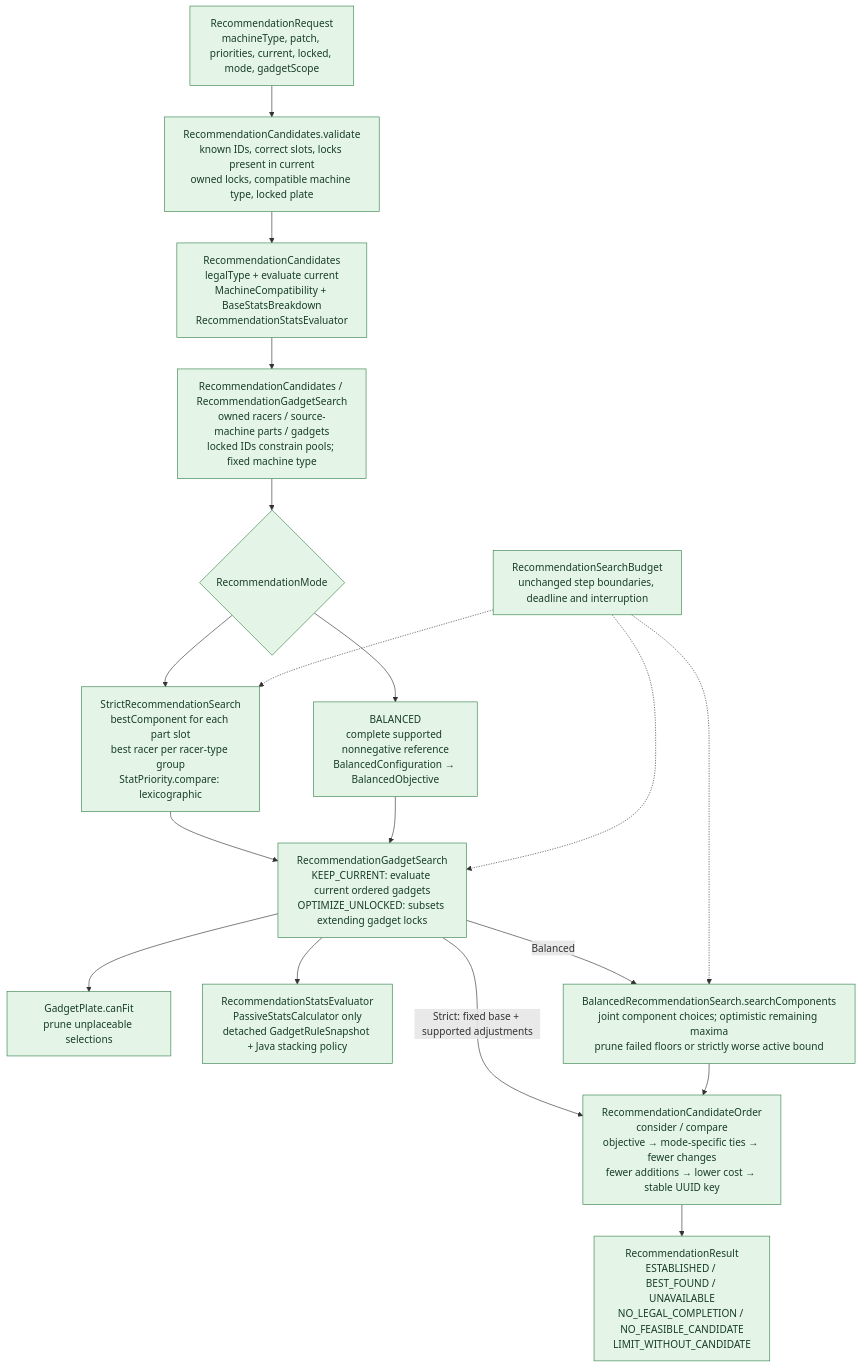
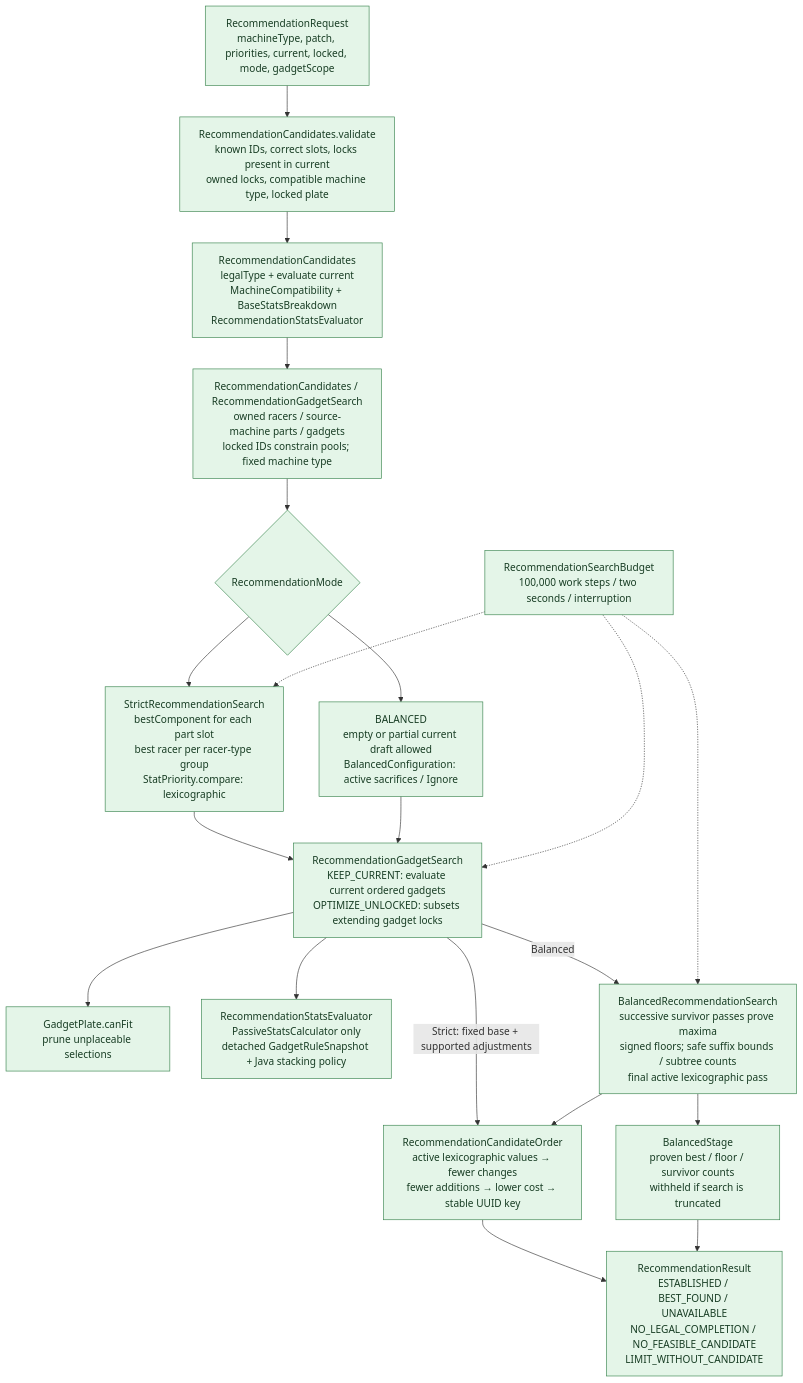
Diagram 11 of 31 in docs/architecture-atlas.md (alexungu04genoff/RingLab), drawn with Mermaid before and after one commit. The commit also changed other lines of this file and 35 other files, not shown here.

Commit message:
feat: redesign Balanced recommendations with survivor thresholds

````diff
--- a/docs/architecture-atlas.md
+++ b/docs/architecture-atlas.md
@@ -635,31 +635,33 @@
 ```mermaid
 flowchart TB
   req["RecommendationRequest<br/>machineType, patch, priorities, current, locked, mode, gadgetScope"]:::domain
   validate["RecommendationCandidates.validate<br/>known IDs, correct slots, locks present in current<br/>owned locks, compatible machine type, locked plate"]:::domain
   baseline["RecommendationCandidates<br/>legalType + evaluate current<br/>MachineCompatibility + BaseStatsBreakdown<br/>RecommendationStatsEvaluator"]:::domain
   pools["RecommendationCandidates / RecommendationGadgetSearch<br/>owned racers / source-machine parts / gadgets<br/>locked IDs constrain pools; fixed machine type"]:::domain
   branch{"RecommendationMode"}:::domain
   strict["StrictRecommendationSearch<br/>bestComponent for each part slot<br/>best racer per racer-type group<br/>StatPriority.compare: lexicographic"]:::domain
-  balanced["BALANCED<br/>complete supported nonnegative reference<br/>BalancedConfiguration → BalancedObjective"]:::domain
+  balanced["BALANCED<br/>empty or partial current draft allowed<br/>BalancedConfiguration: active sacrifices / Ignore"]:::domain
   subsets["RecommendationGadgetSearch<br/>KEEP_CURRENT: evaluate current ordered gadgets<br/>OPTIMIZE_UNLOCKED: subsets extending gadget locks"]:::domain
   plate["GadgetPlate.canFit<br/>prune unplaceable selections"]:::domain
   calc["RecommendationStatsEvaluator<br/>PassiveStatsCalculator only<br/>detached GadgetRuleSnapshot + Java stacking policy"]:::domain
-  components["BalancedRecommendationSearch.searchComponents<br/>joint component choices; optimistic remaining maxima<br/>prune failed floors or strictly worse active bound"]:::domain
-  compare["RecommendationCandidateOrder<br/>consider / compare<br/>objective → mode-specific ties → fewer changes<br/>fewer additions → lower cost → stable UUID key"]:::domain
+  components["BalancedRecommendationSearch<br/>successive survivor passes prove maxima<br/>signed floors; safe suffix bounds / subtree counts<br/>final active lexicographic pass"]:::domain
+  compare["RecommendationCandidateOrder<br/>active lexicographic values → fewer changes<br/>fewer additions → lower cost → stable UUID key"]:::domain
   result["RecommendationResult<br/>ESTABLISHED / BEST_FOUND / UNAVAILABLE<br/>NO_LEGAL_COMPLETION / NO_FEASIBLE_CANDIDATE<br/>LIMIT_WITHOUT_CANDIDATE"]:::domain
   req --> validate --> baseline --> pools --> branch
   branch --> strict
   branch --> balanced
   strict --> subsets
   balanced --> subsets
   subsets --> plate
   subsets --> calc
   subsets -->|"Strict: fixed base + supported adjustments"| compare
   subsets -->|"Balanced"| components --> compare
   compare --> result
-  budget["RecommendationSearchBudget<br/>unchanged step boundaries, deadline and interruption"]:::domain
+  components --> stages["BalancedStage<br/>proven best / floor / survivor counts<br/>withheld if search is truncated"]:::domain
+  stages --> result
+  budget["RecommendationSearchBudget<br/>100,000 work steps / two seconds / interruption"]:::domain
   budget -.-> strict
   budget -.-> subsets
   budget -.-> components
   classDef domain fill:#e4f5e8,stroke:#37834c,color:#183d24
 ```
````
